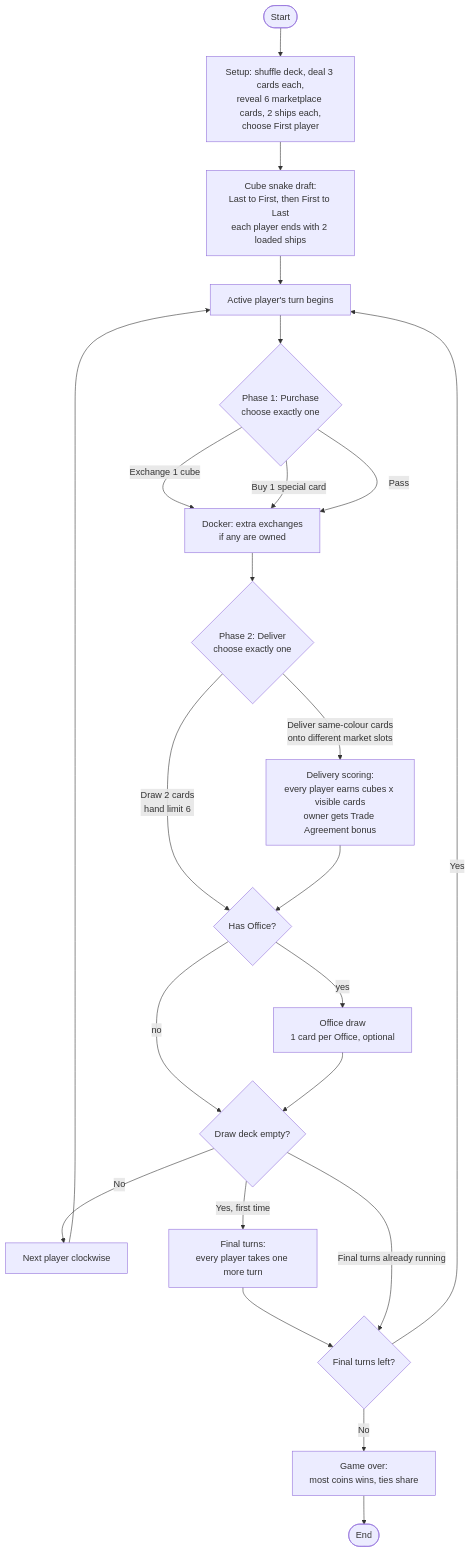
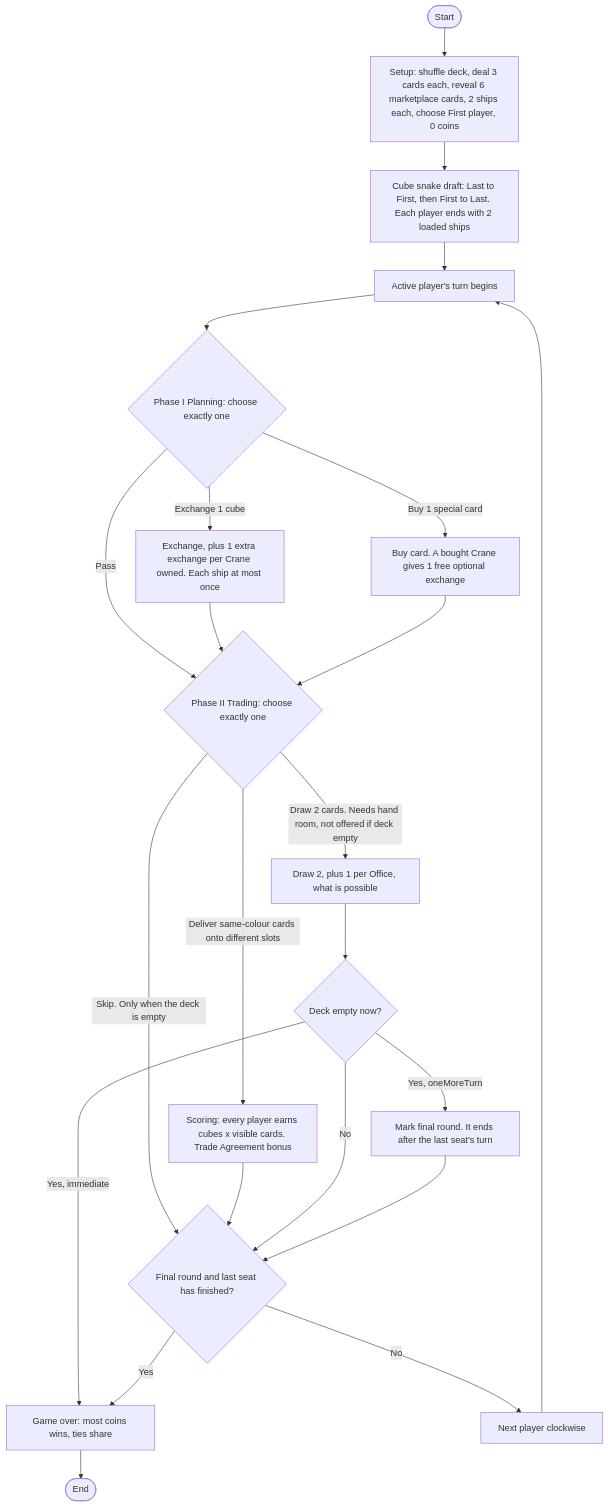
Before and after one commit to hey-amo/Merchants: the diagram in PRD.md, drawn with Mermaid. The commit also changed other lines of this file and 15 other files, not shown here.

````diff
--- a/PRD.md
+++ b/PRD.md
@@ -299,29 +338,30 @@
 ```mermaid
 flowchart TD
-    S([Start]) --> SU[Setup: shuffle deck, deal 3 cards each,<br/>reveal 6 marketplace cards, 2 ships each,<br/>choose First player]
-    SU --> DR[Cube snake draft:<br/>Last to First, then First to Last<br/>each player ends with 2 loaded ships]
-    DR --> T[Active player's turn begins]
+    S(["Start"]) --> SU["Setup: shuffle deck, deal 3 cards each, reveal 6 marketplace cards, 2 ships each, choose First player, 0 coins"]
+    SU --> DR["Cube snake draft: Last to First, then First to Last. Each player ends with 2 loaded ships"]
+    DR --> T["Active player's turn begins"]
 
-    T --> P1{Phase 1: Purchase<br/>choose exactly one}
-    P1 -->|Exchange 1 cube| P1d[Docker: extra exchanges<br/>if any are owned]
-    P1 -->|Buy 1 special card| P1d
-    P1 -->|Pass| P1d
-    P1d --> P2{Phase 2: Deliver<br/>choose exactly one}
+    T --> P1{"Phase I Planning: choose exactly one"}
+    P1 -->|"Exchange 1 cube"| EX["Exchange, plus 1 extra exchange per Crane owned. Each ship at most once"]
+    P1 -->|"Buy 1 special card"| BY["Buy card. A bought Crane gives 1 free optional exchange"]
+    P1 -->|"Pass"| P2
+    EX --> P2
+    BY --> P2
 
-    P2 -->|Deliver same-colour cards<br/>onto different market slots| SC[Delivery scoring:<br/>every player earns cubes x visible cards<br/>owner gets Trade Agreement bonus]
-    P2 -->|Draw 2 cards<br/>hand limit 6| OF
-    SC --> OF{Has Office?}
-    OF -->|yes| OD[Office draw<br/>1 card per Office, optional]
-    OF -->|no| EC
-    OD --> EC
+    P2{"Phase II Trading: choose exactly one"}
+    P2 -->|"Deliver same-colour cards onto different slots"| SC["Scoring: every player earns cubes x visible cards. Trade Agreement bonus"]
+    P2 -->|"Draw 2 cards. Needs hand room, not offered if deck empty"| DW["Draw 2, plus 1 per Office, what is possible"]
+    P2 -->|"Skip. Only when the deck is empty"| EOT
+    SC --> EOT
+    DW --> D1{"Deck empty now?"}
+    D1 -->|"No"| EOT
+    D1 -->|"Yes, immediate"| GO
+    D1 -->|"Yes, oneMoreTurn"| FR["Mark final round. It ends after the last seat's turn"]
+    FR --> EOT
 
-    EC{Draw deck empty?}
-    EC -->|No| NX[Next player clockwise]
+    EOT{"Final round and last seat has finished?"}
+    EOT -->|"Yes"| GO["Game over: most coins wins, ties share"]
+    EOT -->|"No"| NX["Next player clockwise"]
     NX --> T
-    EC -->|Yes, first time| FT[Final turns:<br/>every player takes one more turn]
-    FT --> FD{Final turns left?}
-    FD -->|Yes| T
-    FD -->|No| GO[Game over:<br/>most coins wins, ties share]
-    EC -->|Final turns already running| FD
-    GO --> E([End])
+    GO --> E(["End"])
 ```
````
